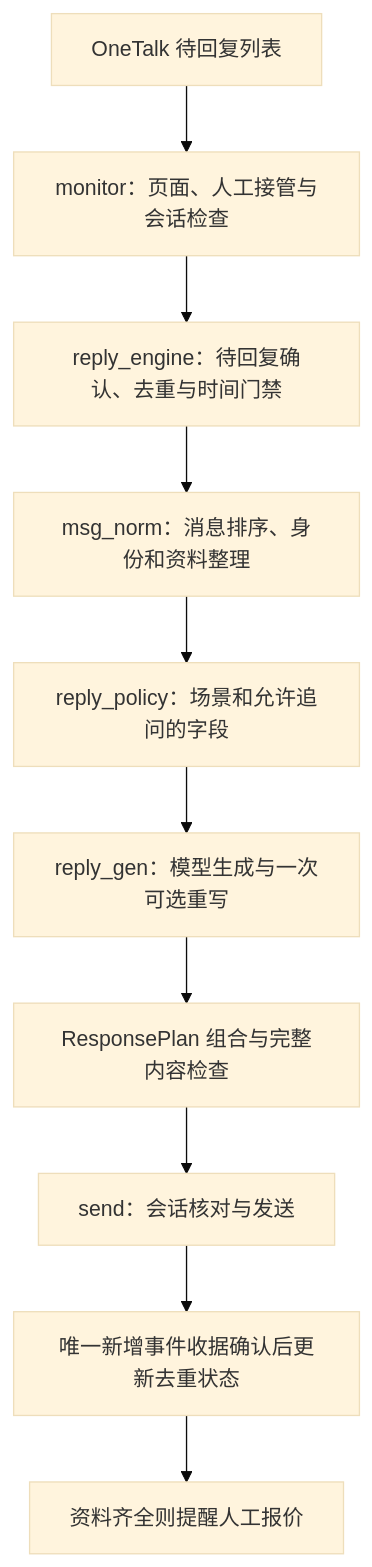
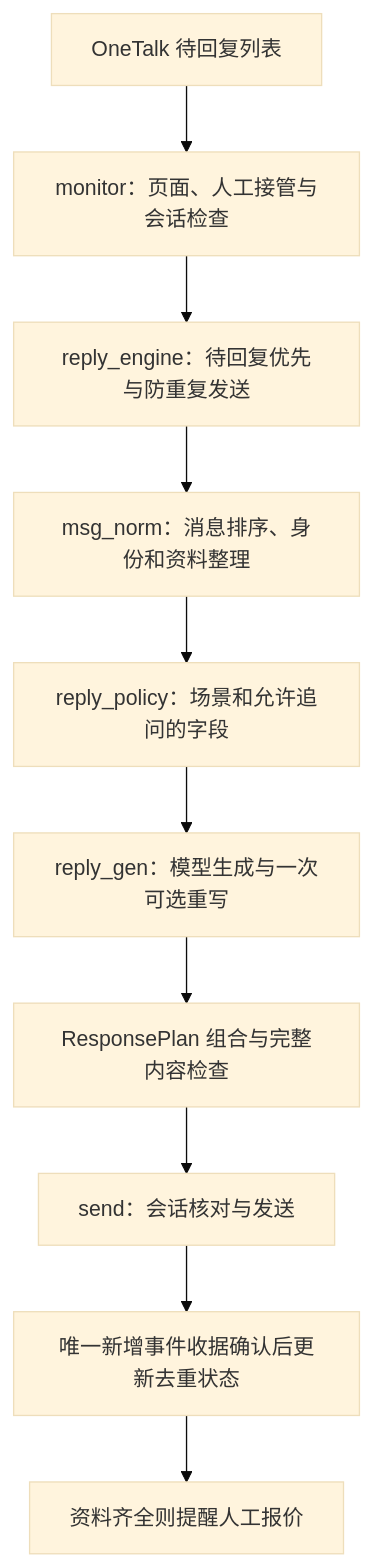
The diagram in README.md (Benuuh/alibaba-auto-reply), drawn with Mermaid (base theme) before and after one commit. The commit also changed other lines of this file and 115 other files, not shown here.

```diff
--- a/README.md
+++ b/README.md
@@ -45,12 +49,12 @@
 ~~~mermaid
 flowchart TD
     A[OneTalk 待回复列表] --> B[monitor：页面、人工接管与会话检查]
-    B --> C[reply_engine：待回复确认、去重与时间门禁]
+    B --> C[reply_engine：待回复优先与防重复发送]
     C --> D[msg_norm：消息排序、身份和资料整理]
     D --> E[reply_policy：场景和允许追问的字段]
     E --> F[reply_gen：模型生成与一次可选重写]
     F --> G[ResponsePlan 组合与完整内容检查]
     G --> H[send：会话核对与发送]
     H --> I[唯一新增事件收据确认后更新去重状态]
     I --> J[资料齐全则提醒人工报价]
 ~~~
```
